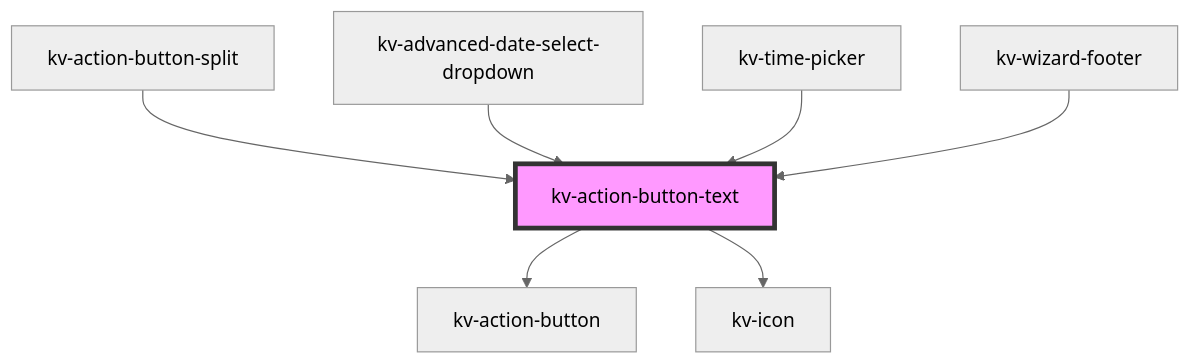
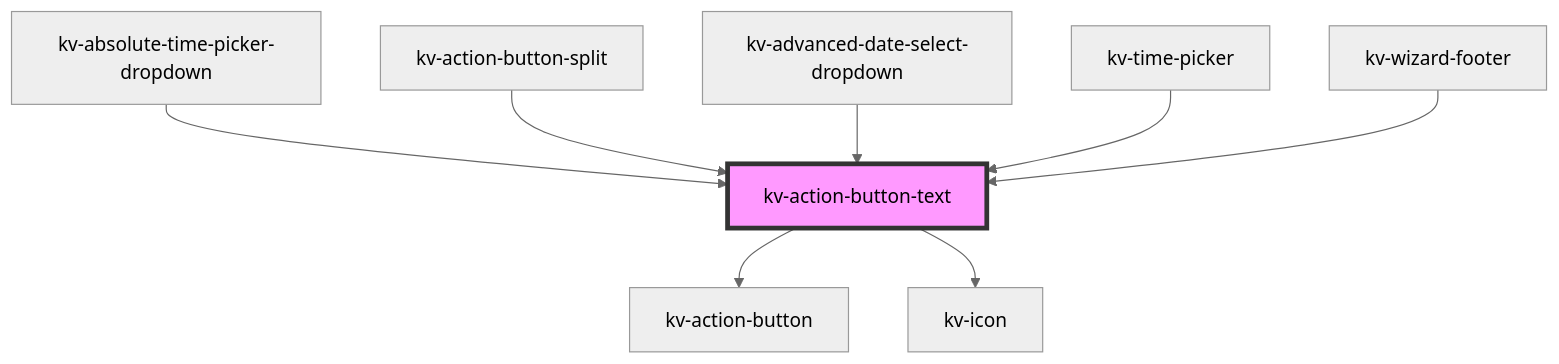
One commit to kelvininc/ui-components changed the diagram in packages/ui-components/src/components/action-button-text/readme.md. Above: the diagram before and after it, drawn with Mermaid (neutral theme). The commit also changed other lines of this file and 55 other files, not shown here.

Commit message:
feat(absolute-time-picker-dropdown)!: add new dropdown component and single date functionality

````diff
--- a/packages/ui-components/src/components/action-button-text/readme.md
+++ b/packages/ui-components/src/components/action-button-text/readme.md
@@ -115,10 +116,11 @@
 ```mermaid
 graph TD;
   kv-action-button-text --> kv-action-button
   kv-action-button-text --> kv-icon
+  kv-absolute-time-picker-dropdown --> kv-action-button-text
   kv-action-button-split --> kv-action-button-text
   kv-advanced-date-select-dropdown --> kv-action-button-text
   kv-time-picker --> kv-action-button-text
   kv-wizard-footer --> kv-action-button-text
   style kv-action-button-text fill:#f9f,stroke:#333,stroke-width:4px
 ```
````
